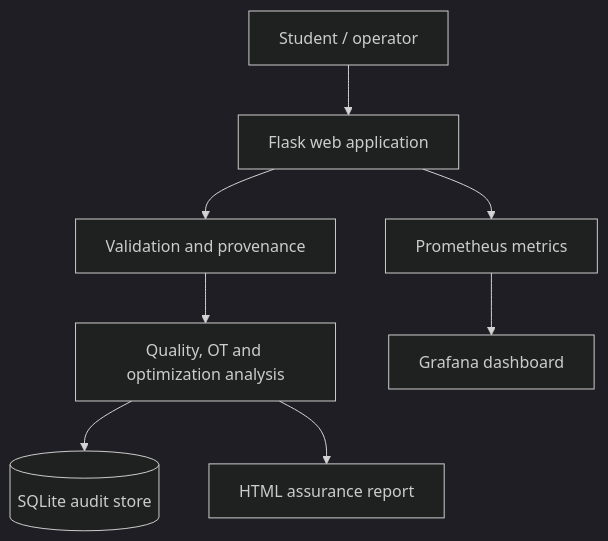
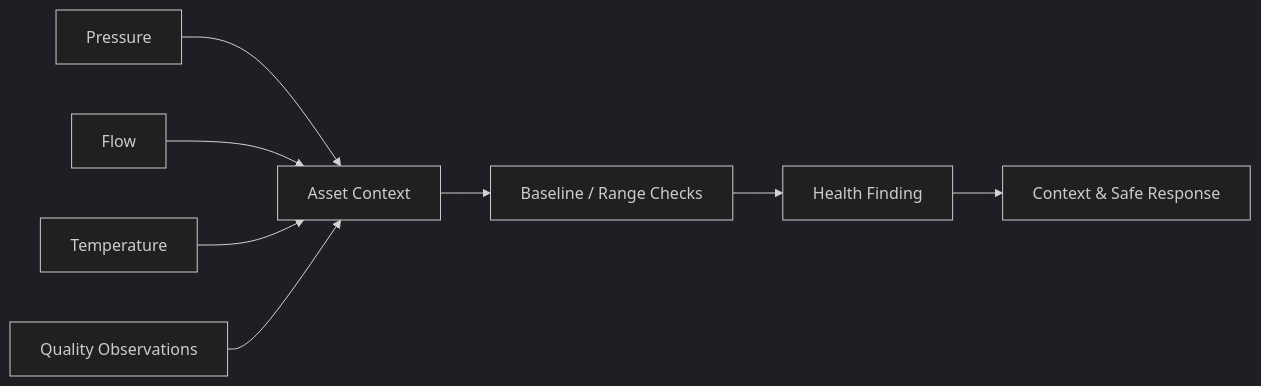
Before and after one commit to HaziqBinAfzal/AquaVigil: the sixth of 20 diagrams in docs/ARCHITECTURE.md, drawn with Mermaid (dark theme). The commit also changed other lines of this file and 2 other files, not shown here.

Commit message:
docs: expand AquaVigil architecture documentation

````diff
--- a/docs/ARCHITECTURE.md
+++ b/docs/ARCHITECTURE.md
@@ -5,10 +125,10 @@
 ```mermaid
-flowchart TB
-  U[Student / operator] --> W[Flask web application]
-  W --> V[Validation and provenance]
-  V --> A[Quality, OT and optimization analysis]
-  A --> D[(SQLite audit store)]
-  A --> R[HTML assurance report]
-  W --> M[Prometheus metrics]
-  M --> G[Grafana dashboard]
+flowchart LR
+    P[Pressure] --> A[Asset Context]
+    F[Flow] --> A
+    T[Temperature] --> A
+    Q[Quality Observations] --> A
+    A --> B[Baseline / Range Checks]
+    B --> H[Health Finding]
+    H --> C[Context & Safe Response]
 ```
````
